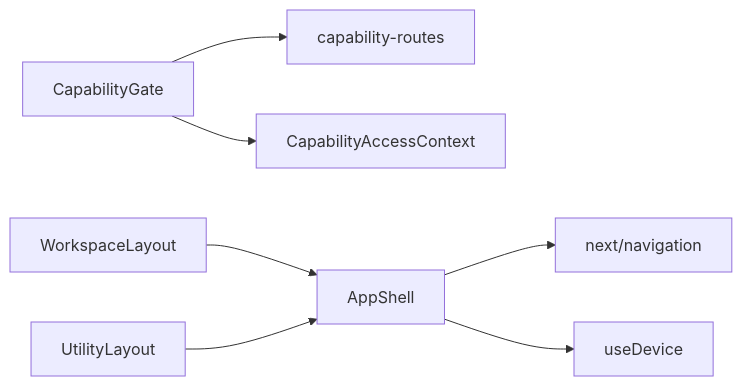
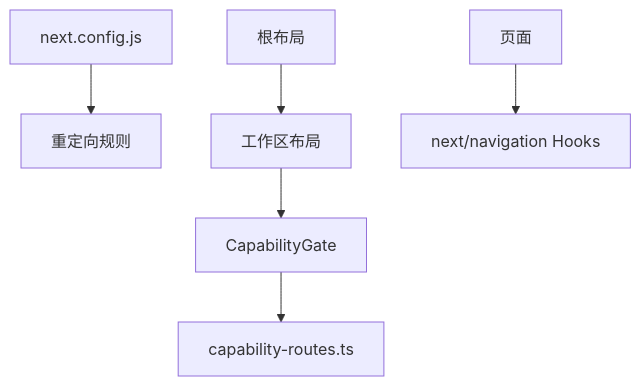
One commit to gongzili456/DeepTutor changed the ninth of 9 diagrams in .qoder/repowiki/zh/content/前端架构/路由与导航.md. Above: the diagram before and after it, drawn with Mermaid. The commit also changed other lines of this file and 1242 other files, not shown here.

````diff
--- a/.qoder/repowiki/zh/content/前端架构/路由与导航.md
+++ b/.qoder/repowiki/zh/content/前端架构/路由与导航.md
@@ -247,9 +294,8 @@
 ```mermaid
-graph LR
-CapGate["CapabilityGate"] --> CapRoutes["capability-routes"]
-CapGate --> CapCtx["CapabilityAccessContext"]
-WorkspaceLayout["WorkspaceLayout"] --> AppShell["AppShell"]
-UtilityLayout["UtilityLayout"] --> AppShell
-AppShell --> NavAPI["next/navigation"]
-AppShell --> DeviceHook["useDevice"]
+graph TB
+NextCfg["next.config.js"] --> Redirects["重定向规则"]
+RootLayout["根布局"] --> WorkLayout["工作区布局"]
+WorkLayout --> CapGate["CapabilityGate"]
+CapGate --> CapRoutes["capability-routes.ts"]
+Pages["页面"] --> NavHooks["next/navigation Hooks"]
 ```
````
